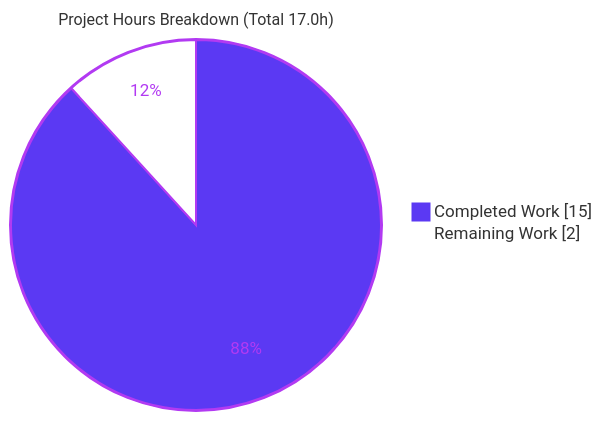
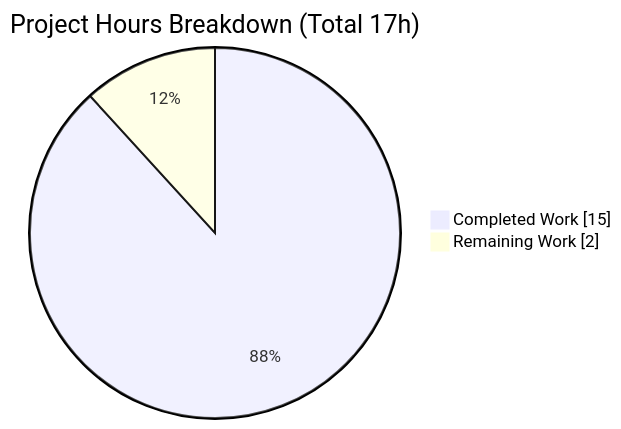
One commit to lakshya-blitzy/march_repo_hello_world changed the second of 4 diagrams in blitzy/documentation/Project Guide.md. Above: the diagram before and after it, drawn with Mermaid. The commit also changed other lines of this file, not shown here.

Commit message:
Adding Blitzy Project Guide: Project Status and Human Tasks Remaining

````diff
--- a/blitzy/documentation/Project Guide.md
+++ b/blitzy/documentation/Project Guide.md
@@ -196,7 +187,5 @@
 ```mermaid
-%%{init: {"theme":"base","themeVariables":{"pie1":"#5B39F3","pie2":"#FFFFFF","pieStrokeColor":"#B23AF2","pieOuterStrokeColor":"#B23AF2","pieStrokeWidth":"2px","pieTitleTextSize":"16px","pieSectionTextColor":"#B23AF2","pieOpacity":"1"}}}%%
-pie showData
-    title Project Hours Breakdown (Total 17.0h)
+pie showData title Project Hours Breakdown (Total 17h)
     "Completed Work" : 15
     "Remaining Work" : 2
 ```
````
